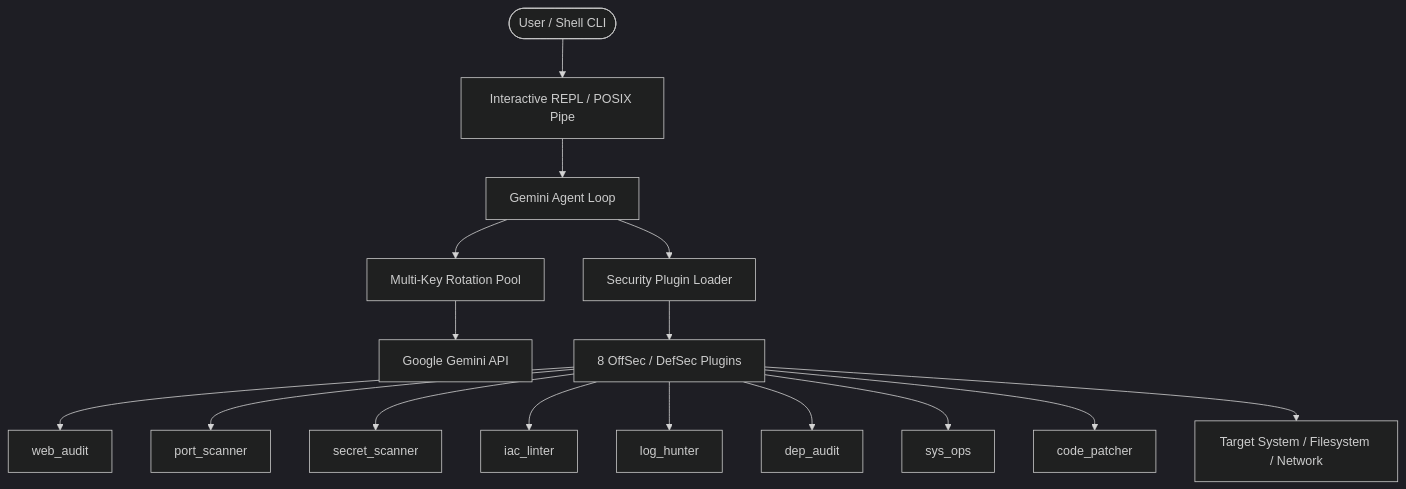
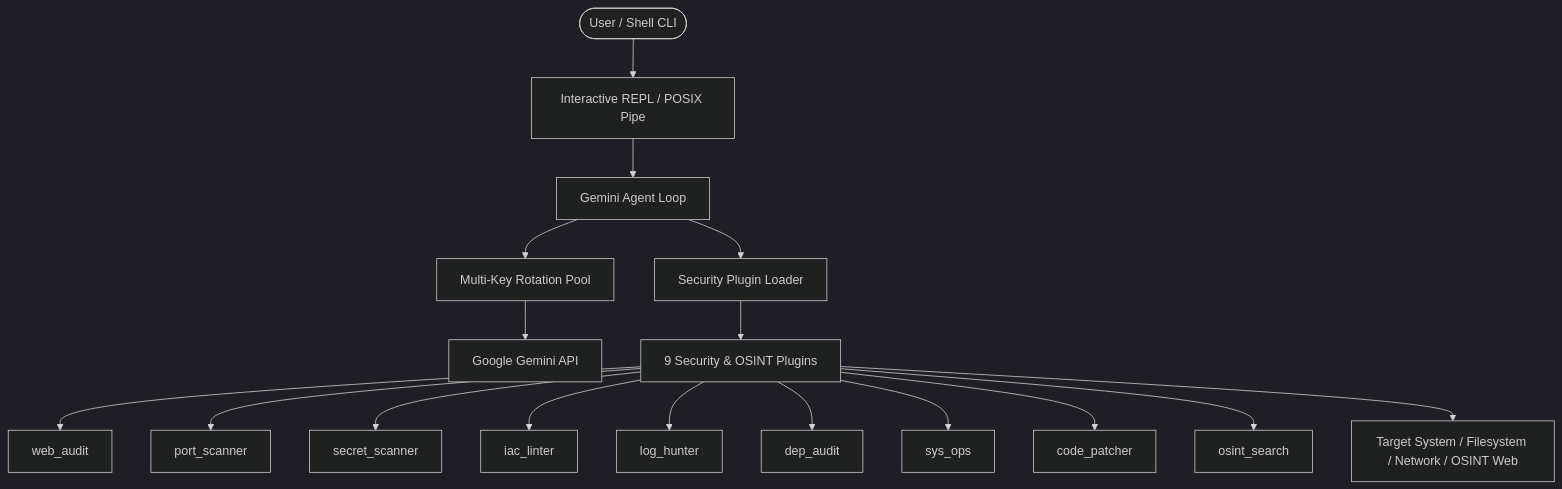
One commit to icebergf6/gemini-sec-agent changed the diagram in README.md. Above: the diagram before and after it, drawn with Mermaid (dark theme). The commit also changed other lines of this file and 7 other files, not shown here.

Commit message:
feat: add /search OSINT investigation tool for social media usernames & phone numbers

````diff
--- a/README.md
+++ b/README.md
@@ -40,18 +41,19 @@
 ```mermaid
 graph TD
     User([User / Shell CLI]) --> REPL[Interactive REPL / POSIX Pipe]
     REPL --> Agent[Gemini Agent Loop]
     Agent --> KeyPool[Multi-Key Rotation Pool]
     KeyPool --> GeminiAPI[Google Gemini API]
     Agent --> PluginEngine[Security Plugin Loader]
-    PluginEngine --> Plugins[8 OffSec / DefSec Plugins]
+    PluginEngine --> Plugins[9 Security & OSINT Plugins]
     Plugins --> WebAudit[web_audit]
     Plugins --> PortScan[port_scanner]
     Plugins --> SecretScan[secret_scanner]
     Plugins --> IaCLint[iac_linter]
     Plugins --> LogHunt[log_hunter]
     Plugins --> DepAudit[dep_audit]
     Plugins --> SysOps[sys_ops]
     Plugins --> CodePatch[code_patcher]
-    Plugins --> Target[Target System / Filesystem / Network]
+    Plugins --> OsintSearch[osint_search]
+    Plugins --> Target[Target System / Filesystem / Network / OSINT Web]
 ```
````
